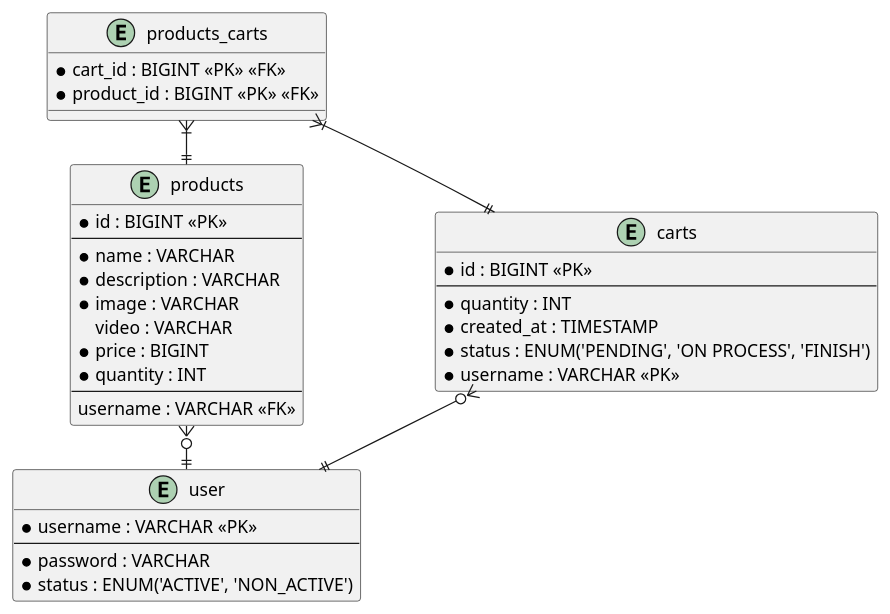
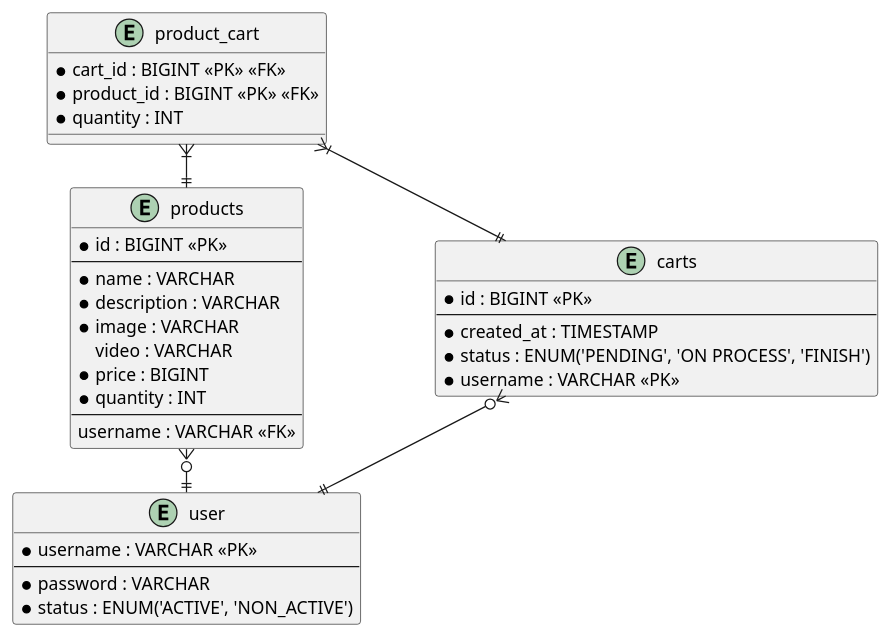
One commit to anglehack-blimp/be-blimp changed the diagram in diagram/erd.puml. Above: the diagram before and after it, drawn with PlantUML. The commit also changed 17 other files, not shown here.

```diff
--- a/diagram/erd.puml
+++ b/diagram/erd.puml
@@ -1,44 +1,44 @@
 @startuml
 
 left to right direction
 
 entity user {
     * username : VARCHAR <<PK>>
     --
     * password : VARCHAR
     * status : ENUM('ACTIVE', 'NON_ACTIVE')
 }
 
 entity products {
     * id : BIGINT <<PK>>
     --
     * name : VARCHAR
     * description : VARCHAR
     * image : VARCHAR
     video : VARCHAR
     * price : BIGINT
     * quantity : INT
     --
     username : VARCHAR <<FK>>
 }
 
 entity carts {
     * id : BIGINT <<PK>>
     --
-    * quantity : INT
     * created_at : TIMESTAMP
     * status : ENUM('PENDING', 'ON PROCESS', 'FINISH')
     * username : VARCHAR <<PK>>
 }
 
-entity products_carts {
+entity product_cart {
     * cart_id : BIGINT <<PK>> <<FK>>
     * product_id : BIGINT <<PK>> <<FK>>
+    * quantity : INT
 }
 
 user ||-left-o{ products
-products ||-left-|{ products_carts
-carts ||--|{ products_carts
+products ||-left-|{ product_cart
+carts ||--|{ product_cart
 user ||--o{ carts
 
 @enduml
```
